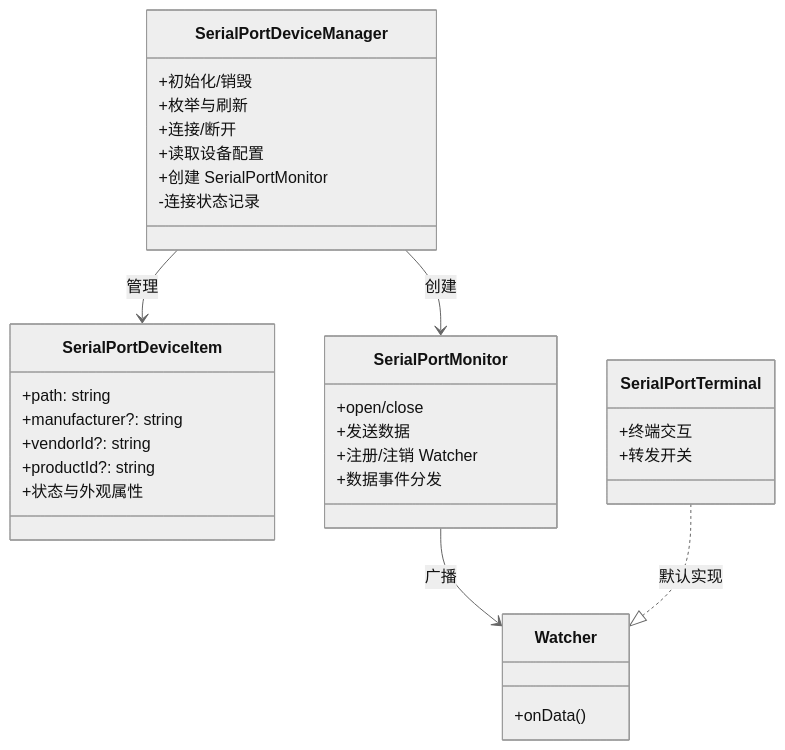
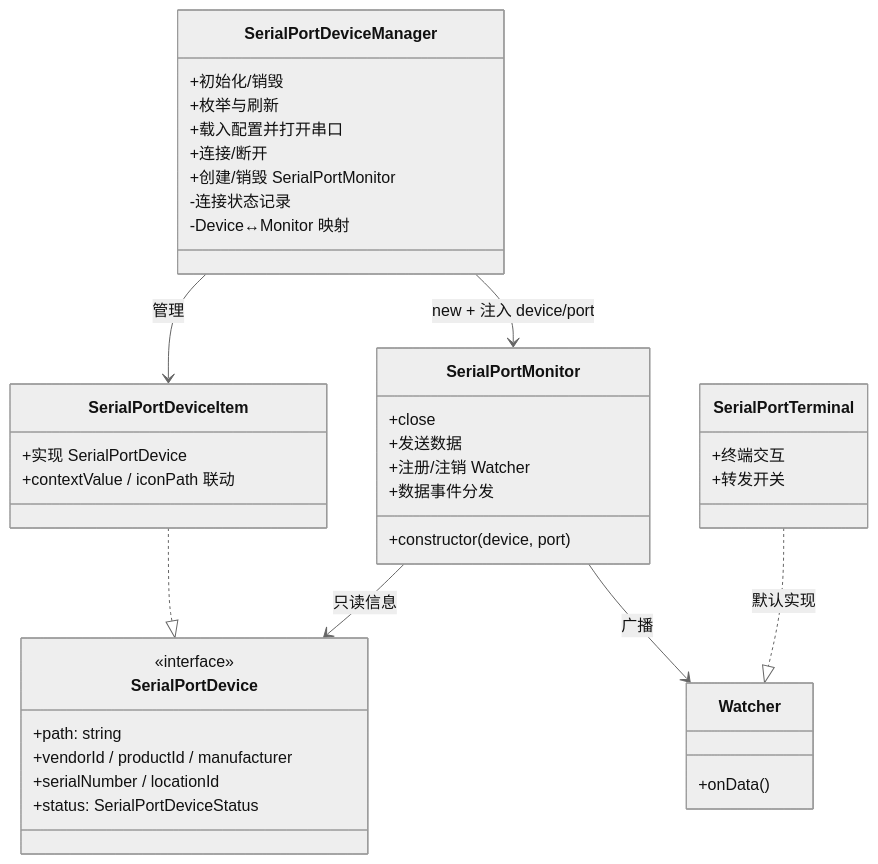
The third of 3 diagrams in doc/SerialPortDeviceManager设计.md (ziqiang-zhu/vscode-serial-port-terminal), drawn with Mermaid (neutral theme) before and after one commit. The commit also changed other lines of this file and 1 other file, not shown here.

Commit message:
doc: add SerialPortMonitor design document

````diff
--- a/doc/SerialPortDeviceManager设计.md
+++ b/doc/SerialPortDeviceManager设计.md
@@ -173,35 +190,43 @@
 ```mermaid
 classDiagram
+    class SerialPortDevice {
+        <<interface>>
+        +path: string
+        +vendorId / productId / manufacturer
+        +serialNumber / locationId
+        +status: SerialPortDeviceStatus
+    }
     class SerialPortDeviceItem {
-        +path: string
-        +manufacturer?: string
-        +vendorId?: string
-        +productId?: string
-        +状态与外观属性
+        +实现 SerialPortDevice
+        +contextValue / iconPath 联动
     }
     class SerialPortDeviceManager {
         +初始化/销毁
         +枚举与刷新
+        +载入配置并打开串口
         +连接/断开
-        +读取设备配置
-        +创建 SerialPortMonitor
+        +创建/销毁 SerialPortMonitor
         -连接状态记录
+        -Device↔Monitor 映射
     }
     class SerialPortMonitor {
-        +open/close
+        +constructor(device, port)
+        +close
         +发送数据
         +注册/注销 Watcher
         +数据事件分发
     }
     class Watcher {
         +onData()
     }
     class SerialPortTerminal {
         +终端交互
         +转发开关
     }
+    SerialPortDeviceItem ..|> SerialPortDevice
     SerialPortDeviceManager --> SerialPortDeviceItem : 管理
-    SerialPortDeviceManager --> SerialPortMonitor : 创建
+    SerialPortDeviceManager --> SerialPortMonitor : new + 注入 device/port
+    SerialPortMonitor --> SerialPortDevice : 只读信息
     SerialPortMonitor --> Watcher : 广播
     SerialPortTerminal ..|> Watcher : 默认实现
 ```
````
